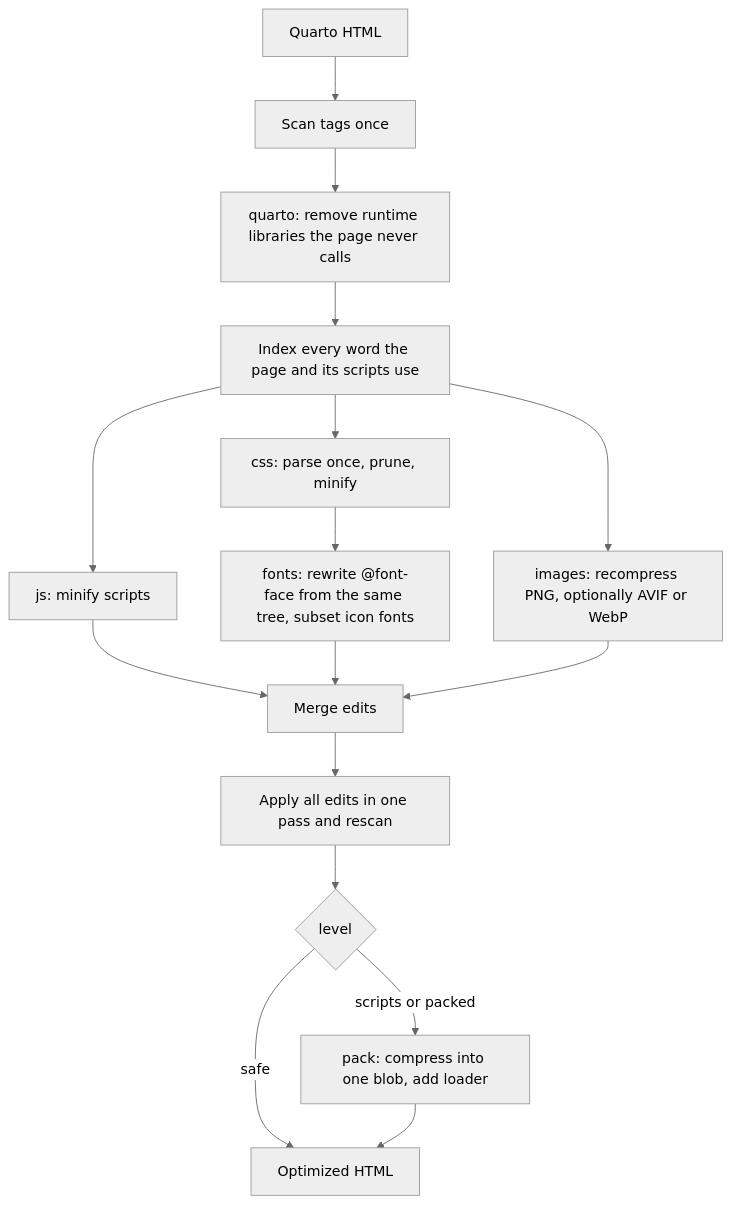
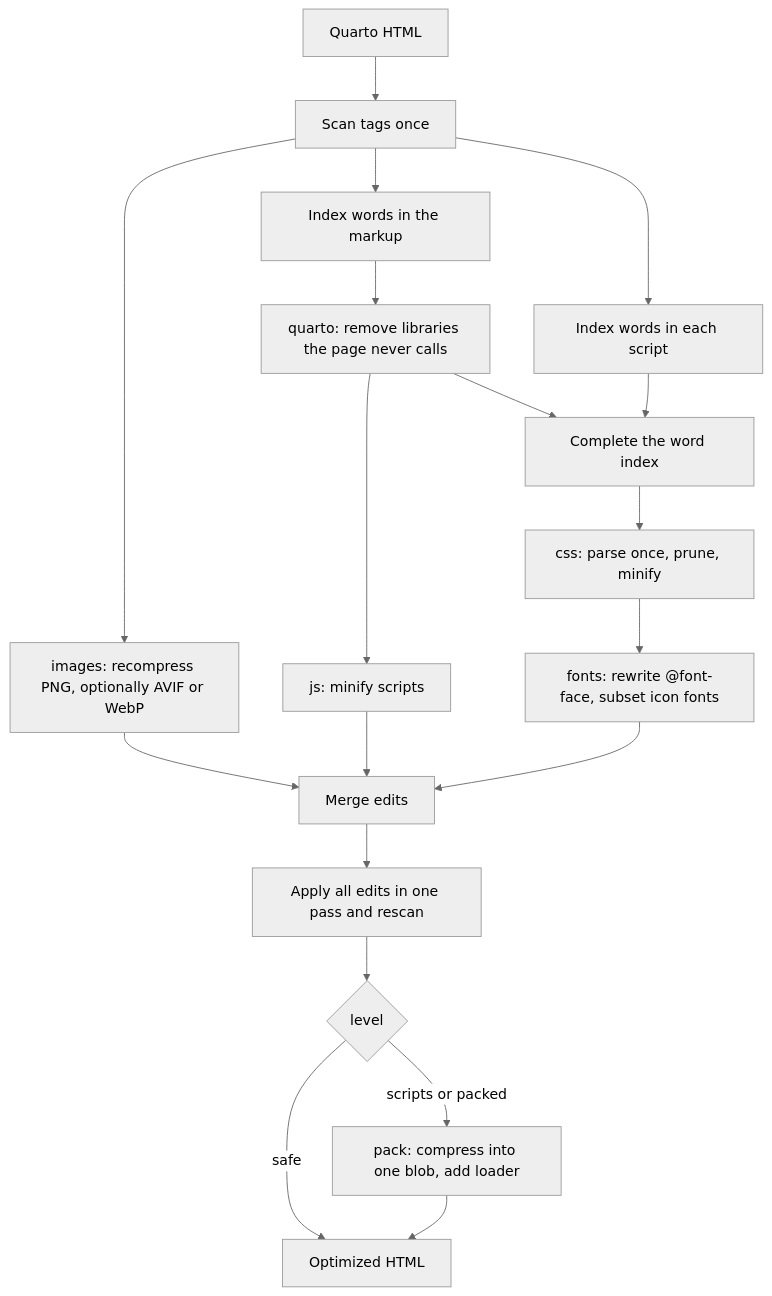
Before and after one commit to VisruthSK/octavo: the diagram in README.md, drawn with Mermaid (neutral theme). The commit also changed other lines of this file and 13 other files, not shown here.

First line of the commit message:
Rewrite the documentation from measured results and add result charts

````diff
--- a/README.md
+++ b/README.md
@@ -75,18 +108,21 @@
 ```mermaid
 flowchart TD
     A[Quarto HTML] --> B[Scan tags once]
-    B --> Q[quarto: remove runtime libraries the page never calls]
-    Q --> W[Index every word the page and its scripts use]
-    W --> J[js: minify scripts]
+    B --> I[images: recompress PNG, optionally AVIF or WebP]
+    B --> M[Index words in the markup]
+    B --> S[Index words in each script]
+    M --> Q[quarto: remove libraries the page never calls]
+    Q --> J[js: minify scripts]
+    Q --> W[Complete the word index]
+    S --> W
     W --> C[css: parse once, prune, minify]
-    W --> I[images: recompress PNG, optionally AVIF or WebP]
-    C --> F[fonts: rewrite @font-face from the same tree, subset icon fonts]
-    J --> M[Merge edits]
-    F --> M
-    I --> M
-    M --> P[Apply all edits in one pass and rescan]
+    C --> F[fonts: rewrite @font-face, subset icon fonts]
+    I --> E[Merge edits]
+    J --> E
+    F --> E
+    E --> P[Apply all edits in one pass and rescan]
     P --> L{level}
     L -->|safe| O[Optimized HTML]
     L -->|scripts or packed| K[pack: compress into one blob, add loader]
     K --> O
 ```
````
